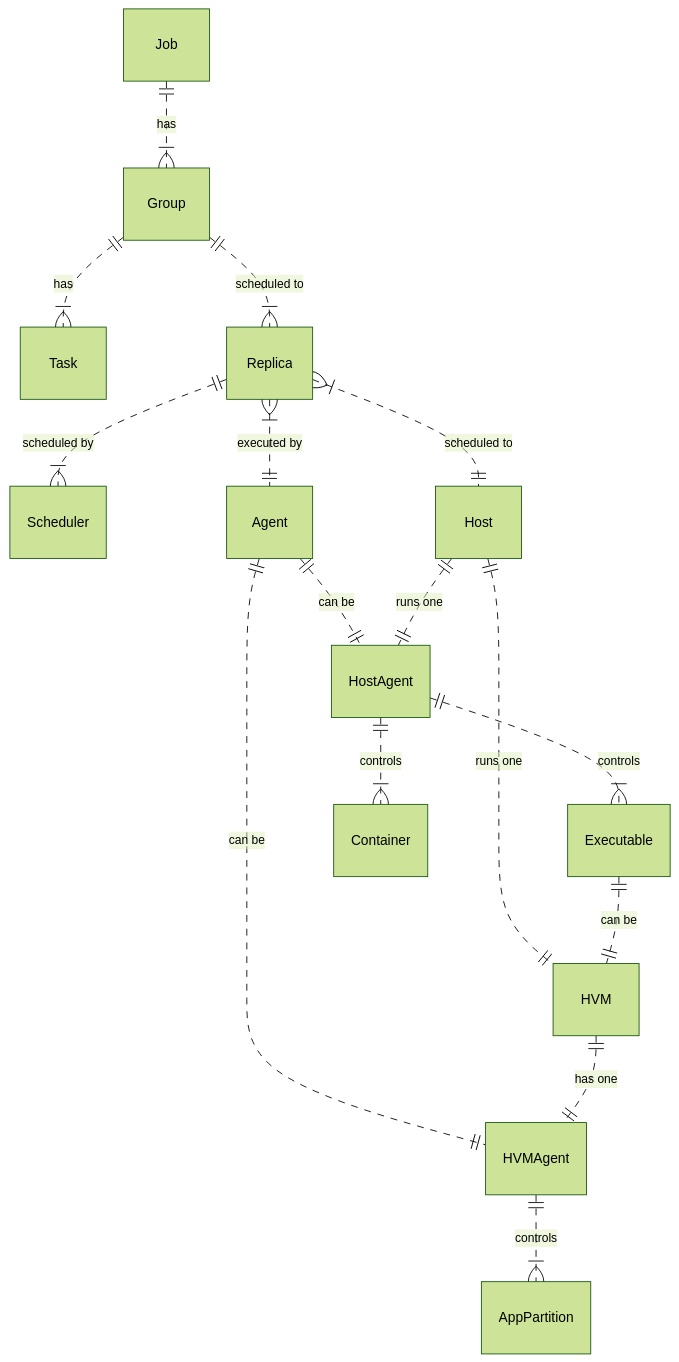
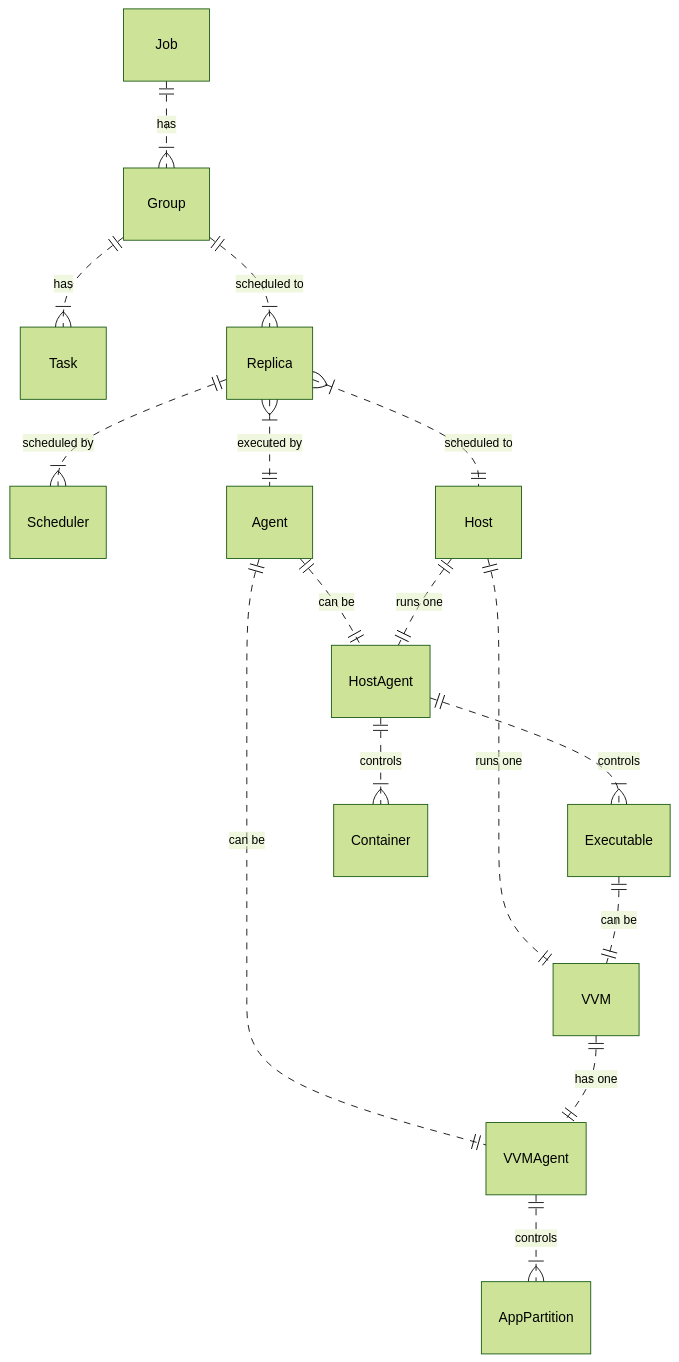
Before and after one commit to voedger/voedger: the third of 3 diagrams in design/orchestration/README.md, drawn with Mermaid (forest theme). The commit also changed other lines of this file and 11 other files, not shown here.

````diff
--- a/design/orchestration/README.md
+++ b/design/orchestration/README.md
@@ -62,18 +62,18 @@
 ```mermaid
 erDiagram
   Job ||..|{ Group : "has"
   Group ||..|{ Task : "has"
   Group ||..|{ Replica : "scheduled to"
   Replica || .. |{ Scheduler : "scheduled by"
   Replica |{ .. || Agent: "executed by"
   Replica |{ .. || Host: "scheduled to"
   Agent || .. || HostAgent: "can be"
-  Agent || .. || HVMAgent: "can be"
+  Agent || .. || VVMAgent: "can be"
   Host ||..|| HostAgent: "runs one"
-  Host ||..|| HVM: "runs one"
-  HVM ||..|| HVMAgent: "has one"
+  Host ||..|| VVM: "runs one"
+  VVM ||..|| VVMAgent: "has one"
   HostAgent ||..|{ Executable: "controls"
   HostAgent ||..|{ Container: "controls"
-  HVMAgent ||..|{ AppPartition: "controls"
-  Executable ||..|| HVM : "can be"
-```  
+  VVMAgent ||..|{ AppPartition: "controls"
+  Executable ||..|| VVM : "can be"
+```
````
